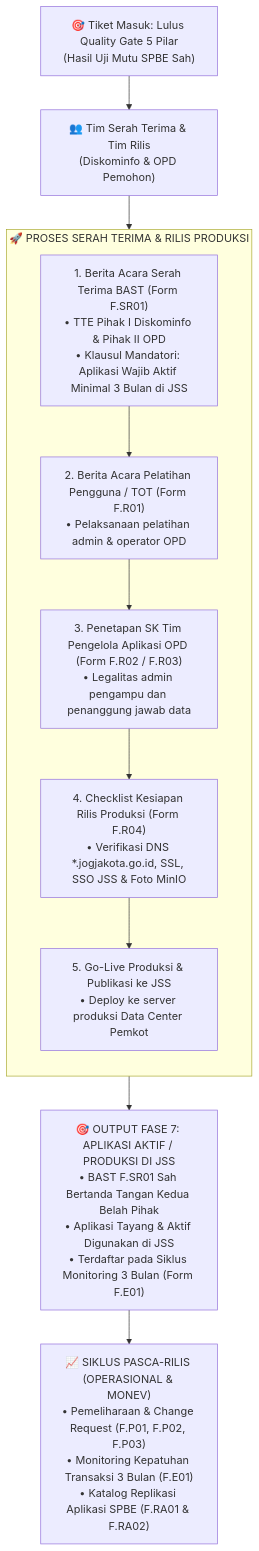
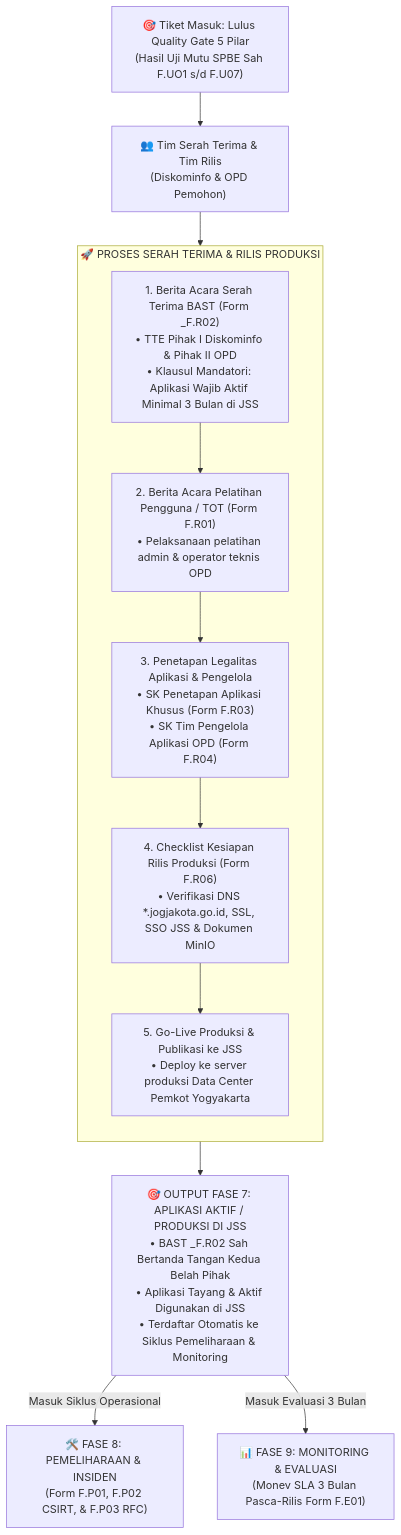
Before and after one commit to bimasulistyaw-hash/mpti: the seventh of 13 diagrams in Blueprint.md, drawn with Mermaid. The commit also changed other lines of this file, not shown here.

Commit message:
docs(blueprint): align To-Be workflow with 10 official SPBE stages, add Maintenance (F.P01-P03), Monev (F.E01), and Replication (F.RA01-RA02) diagrams

````diff
--- a/Blueprint.md
+++ b/Blueprint.md
@@ -391,21 +404,22 @@
   ```mermaid
   flowchart TD
-      InFase7["🎯 Tiket Masuk: Lulus Quality Gate 5 Pilar<br/>(Hasil Uji Mutu SPBE Sah)"] --> HandoverTeam["👥 Tim Serah Terima & Tim Rilis<br/>(Diskominfo & OPD Pemohon)"]
+      InFase7["🎯 Tiket Masuk: Lulus Quality Gate 5 Pilar<br/>(Hasil Uji Mutu SPBE Sah F.UO1 s/d F.U07)"] --> HandoverTeam["👥 Tim Serah Terima & Tim Rilis<br/>(Diskominfo & OPD Pemohon)"]
       
       HandoverTeam --> HandoverRelease
       
       subgraph HandoverRelease ["🚀 PROSES SERAH TERIMA & RILIS PRODUKSI"]
           direction TB
-          HR1["1. Berita Acara Serah Terima BAST (Form F.SR01)<br/>• TTE Pihak I Diskominfo & Pihak II OPD<br/>• Klausul Mandatori: Aplikasi Wajib Aktif Minimal 3 Bulan di JSS"]
-          HR2["2. Berita Acara Pelatihan Pengguna / TOT (Form F.R01)<br/>• Pelaksanaan pelatihan admin & operator OPD"]
-          HR3["3. Penetapan SK Tim Pengelola Aplikasi OPD (Form F.R02 / F.R03)<br/>• Legalitas admin pengampu dan penanggung jawab data"]
-          HR4["4. Checklist Kesiapan Rilis Produksi (Form F.R04)<br/>• Verifikasi DNS *.jogjakota.go.id, SSL, SSO JSS & Foto MinIO"]
-          HR5["5. Go-Live Produksi & Publikasi ke JSS<br/>• Deploy ke server produksi Data Center Pemkot"]
+          HR1["1. Berita Acara Serah Terima BAST (Form _F.R02)<br/>• TTE Pihak I Diskominfo & Pihak II OPD<br/>• Klausul Mandatori: Aplikasi Wajib Aktif Minimal 3 Bulan di JSS"]
+          HR2["2. Berita Acara Pelatihan Pengguna / TOT (Form F.R01)<br/>• Pelaksanaan pelatihan admin & operator teknis OPD"]
+          HR3["3. Penetapan Legalitas Aplikasi & Pengelola<br/>• SK Penetapan Aplikasi Khusus (Form F.R03)<br/>• SK Tim Pengelola Aplikasi OPD (Form F.R04)"]
+          HR4["4. Checklist Kesiapan Rilis Produksi (Form F.R06)<br/>• Verifikasi DNS *.jogjakota.go.id, SSL, SSO JSS & Dokumen MinIO"]
+          HR5["5. Go-Live Produksi & Publikasi ke JSS<br/>• Deploy ke server produksi Data Center Pemkot Yogyakarta"]
           
           HR1 --> HR2 --> HR3 --> HR4 --> HR5
       end
       
-      HandoverRelease --> OutFase7["🎯 OUTPUT FASE 7: APLIKASI AKTIF / PRODUKSI DI JSS<br/>• BAST F.SR01 Sah Bertanda Tangan Kedua Belah Pihak<br/>• Aplikasi Tayang & Aktif Digunakan di JSS<br/>• Terdaftar pada Siklus Monitoring 3 Bulan (Form F.E01)"]
+      HandoverRelease --> OutFase7["🎯 OUTPUT FASE 7: APLIKASI AKTIF / PRODUKSI DI JSS<br/>• BAST _F.R02 Sah Bertanda Tangan Kedua Belah Pihak<br/>• Aplikasi Tayang & Aktif Digunakan di JSS<br/>• Terdaftar Otomatis ke Siklus Pemeliharaan & Monitoring"]
       
-      OutFase7 --> PostRelease["📈 SIKLUS PASCA-RILIS (OPERASIONAL & MONEV)<br/>• Pemeliharaan & Change Request (F.P01, F.P02, F.P03)<br/>• Monitoring Kepatuhan Transaksi 3 Bulan (F.E01)<br/>• Katalog Replikasi Aplikasi SPBE (F.RA01 & F.RA02)"]
+      OutFase7 -->|"Masuk Siklus Operasional"| NextFase8["🛠️ FASE 8: PEMELIHARAAN & INSIDEN<br/>(Form F.P01, F.P02 CSIRT, & F.P03 RFC)"]
+      OutFase7 -->|"Masuk Evaluasi 3 Bulan"| NextFase9["📊 FASE 9: MONITORING & EVALUASI<br/>(Monev SLA 3 Bulan Pasca-Rilis Form F.E01)"]
   ```
````
